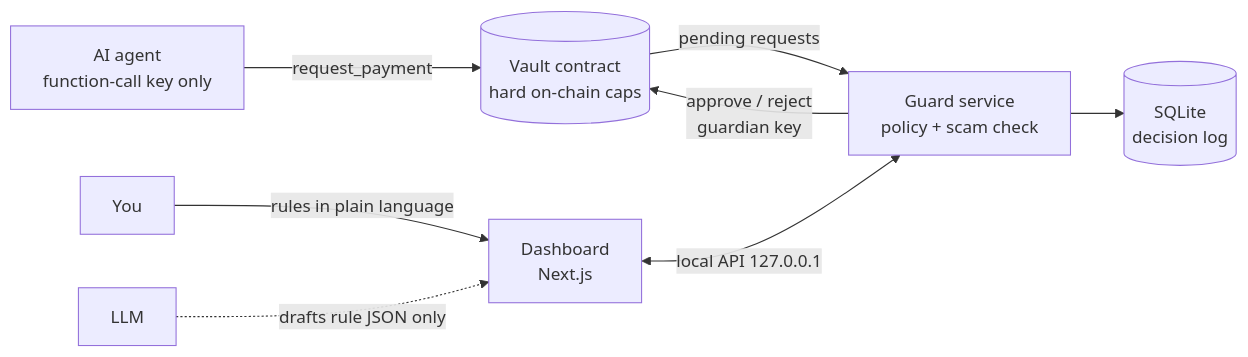
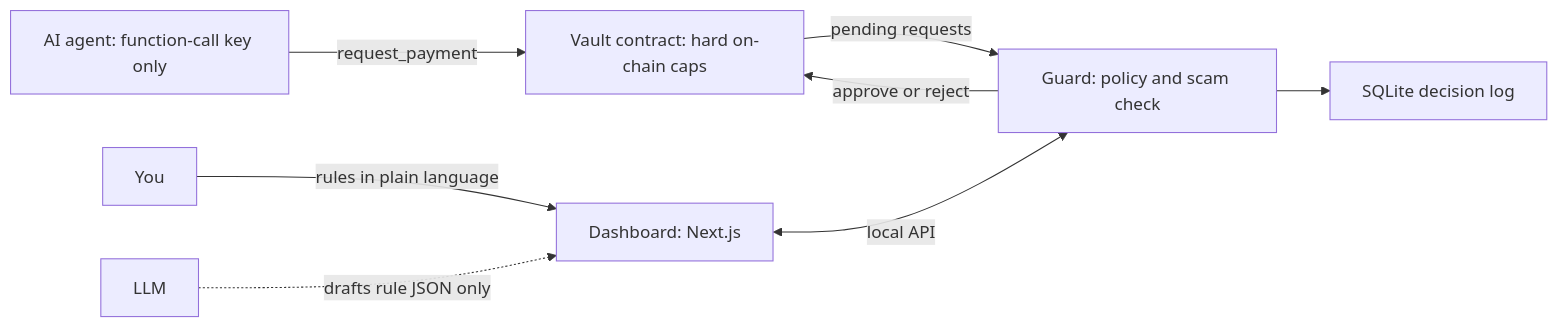
One commit to Ibrahimjibril/agentguard changed the diagram in README.md. Above: the diagram before and after it, drawn with Mermaid. The commit also changed other lines of this file and 2 other files, not shown here.

Commit message:
Fix README diagram, explain usage, untrack artifacts

````diff
--- a/README.md
+++ b/README.md
@@ -36,10 +36,10 @@
 ```mermaid
 flowchart LR
-  A["AI agent<br/>function-call key only"] -->|request_payment| V[("Vault contract<br/>hard on-chain caps")]
-  V -->|pending requests| G["Guard service<br/>policy + scam check"]
-  G -->|approve / reject<br/>guardian key| V
-  G --> L[("SQLite<br/>decision log")]
-  D["Dashboard<br/>Next.js"] <-->|local API 127.0.0.1| G
+  A["AI agent: function-call key only"] -->|request_payment| V["Vault contract: hard on-chain caps"]
+  V -->|pending requests| G["Guard: policy and scam check"]
+  G -->|approve or reject| V
+  G --> L["SQLite decision log"]
+  D["Dashboard: Next.js"] <-->|local API| G
   U["You"] -->|rules in plain language| D
   M["LLM"] -.->|drafts rule JSON only| D
 ```
````
